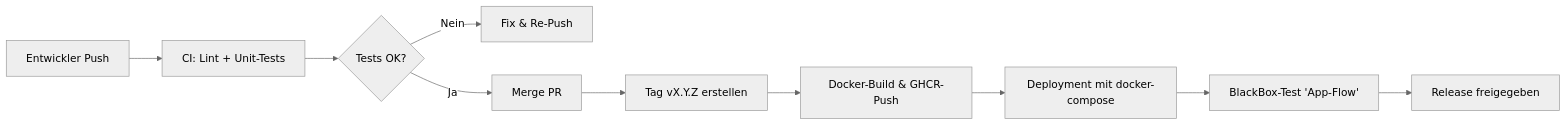
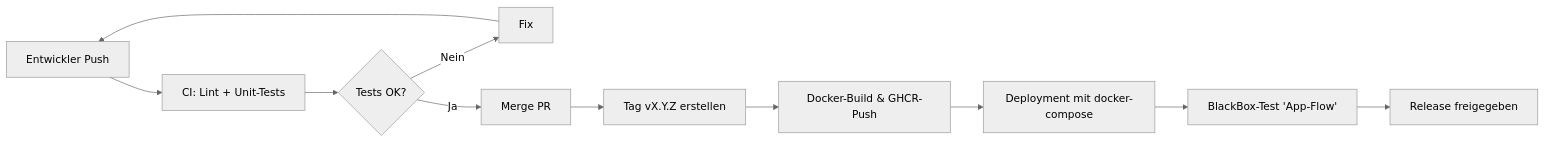
One commit to NoreoOreo/MealMind changed the diagram in docs/testkonzept.md. Above: the diagram before and after it, drawn with Mermaid (neutral theme).

Commit message:
small diagram change

````diff
--- a/docs/testkonzept.md
+++ b/docs/testkonzept.md
@@ -151,12 +151,13 @@
 ```mermaid
 flowchart LR
   A[Entwickler Push] --> B[CI: Lint + Unit-Tests]
   B --> C{Tests OK?}
-  C -- Nein --> E[Fix & Re-Push]
+  C -- Nein --> E[Fix]
+  E --> A
   C -- Ja --> D[Merge PR]
   D --> F[Tag vX.Y.Z erstellen]
   F --> G[Docker-Build & GHCR-Push]
   G --> H[Deployment mit docker-compose]
   H --> I[BlackBox-Test 'App-Flow']
   I --> J[Release freigegeben]
 ```
````
